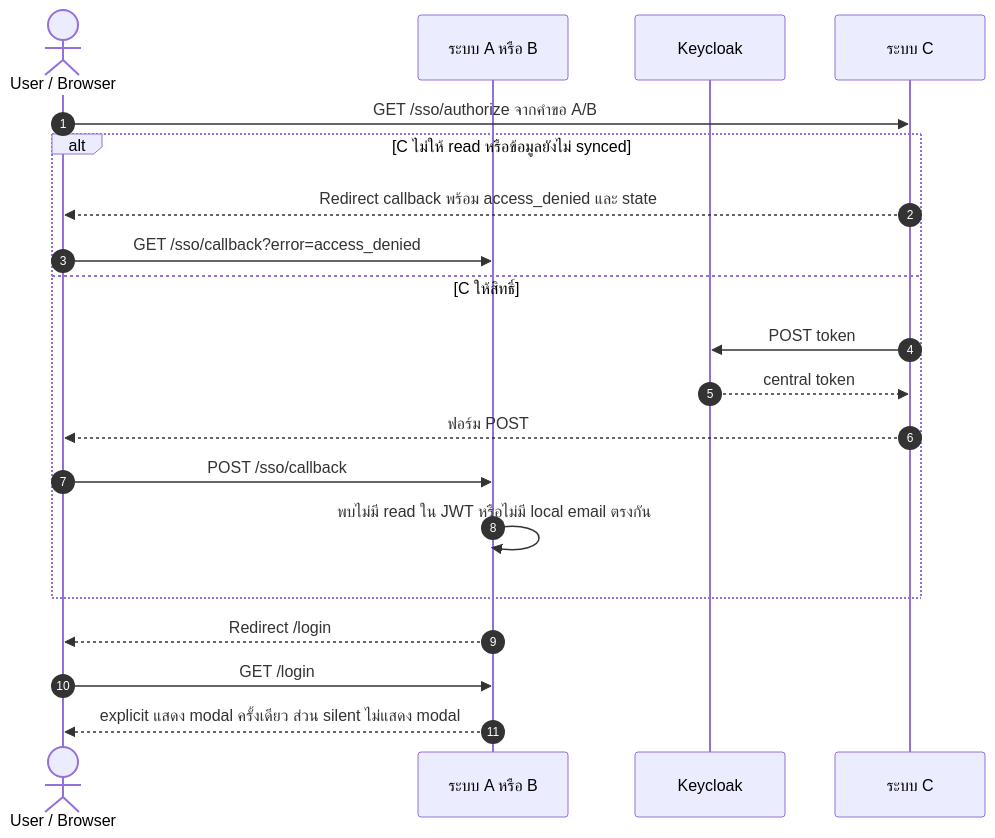
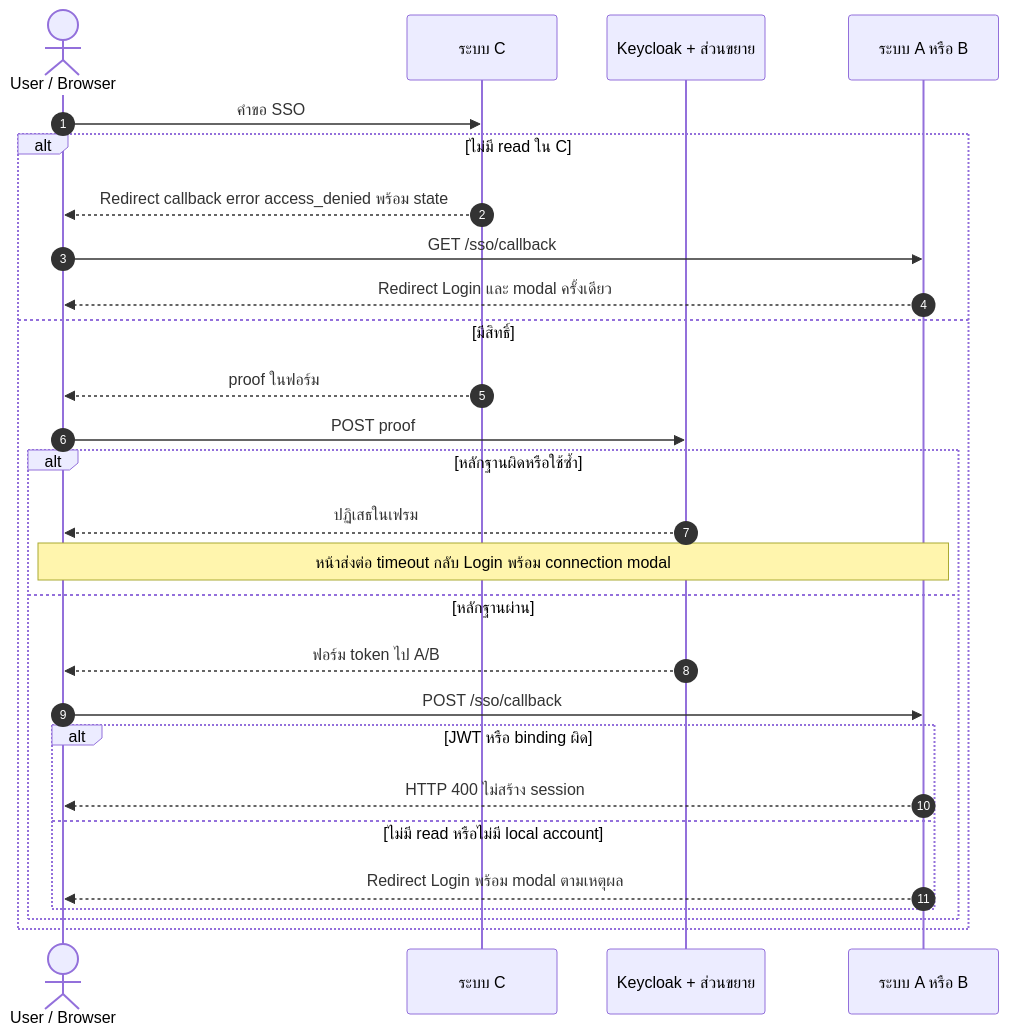
One commit to Sin1apachai/poc_sso changed the ninth of 20 diagrams in docs/flows/LOGIN-AND-SESSION.md. Above: the diagram before and after it, drawn with Mermaid. The commit also changed other lines of this file and 149 other files, not shown here.

First line of the commit message:
Use one shared SSO token and simplify login handoff

````diff
--- a/docs/flows/LOGIN-AND-SESSION.md
+++ b/docs/flows/LOGIN-AND-SESSION.md
@@ -203,22 +215,29 @@
 ```mermaid
 sequenceDiagram
     autonumber
-    actor U as User / Browser
+actor U as User / Browser
+    participant C as ระบบ C
+    participant K as Keycloak + ส่วนขยาย
     participant A as ระบบ A หรือ B
-    participant K as Keycloak
-    participant C as ระบบ C
-    U->>C: GET /sso/authorize จากคำขอ A/B
-    alt C ไม่ให้ read หรือข้อมูลยังไม่ synced
-        C-->>U: Redirect callback พร้อม access_denied และ state
-        U->>A: GET /sso/callback?error=access_denied
-    else C ให้สิทธิ์
-        C->>K: POST token
-        K-->>C: central token
-        C-->>U: ฟอร์ม POST
-        U->>A: POST /sso/callback
-        A->>A: พบไม่มี read ใน JWT หรือไม่มี local email ตรงกัน
+    U->>C: คำขอ SSO
+    alt ไม่มี read ใน C
+        C-->>U: Redirect callback error access_denied พร้อม state
+        U->>A: GET /sso/callback
+        A-->>U: Redirect Login และ modal ครั้งเดียว
+    else มีสิทธิ์
+        C-->>U: proof ในฟอร์ม
+        U->>K: POST proof
+        alt หลักฐานผิดหรือใช้ซ้ำ
+            K-->>U: ปฏิเสธในเฟรม
+            Note over U,A: หน้าส่งต่อ timeout กลับ Login พร้อม connection modal
+        else หลักฐานผ่าน
+            K-->>U: ฟอร์ม token ไป A/B
+            U->>A: POST /sso/callback
+            alt JWT หรือ binding ผิด
+                A-->>U: HTTP 400 ไม่สร้าง session
+            else ไม่มี read หรือไม่มี local account
+                A-->>U: Redirect Login พร้อม modal ตามเหตุผล
+            end
+        end
     end
-    A-->>U: Redirect /login
-    U->>A: GET /login
-    A-->>U: explicit แสดง modal ครั้งเดียว ส่วน silent ไม่แสดง modal
 ```
````
